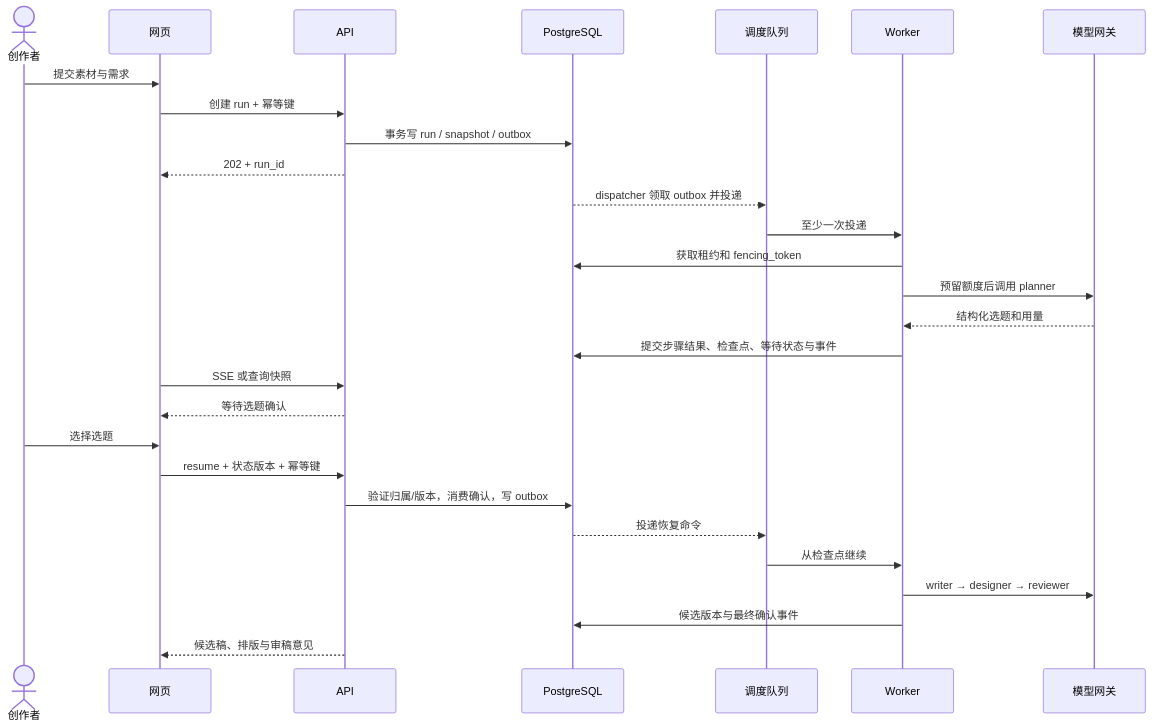
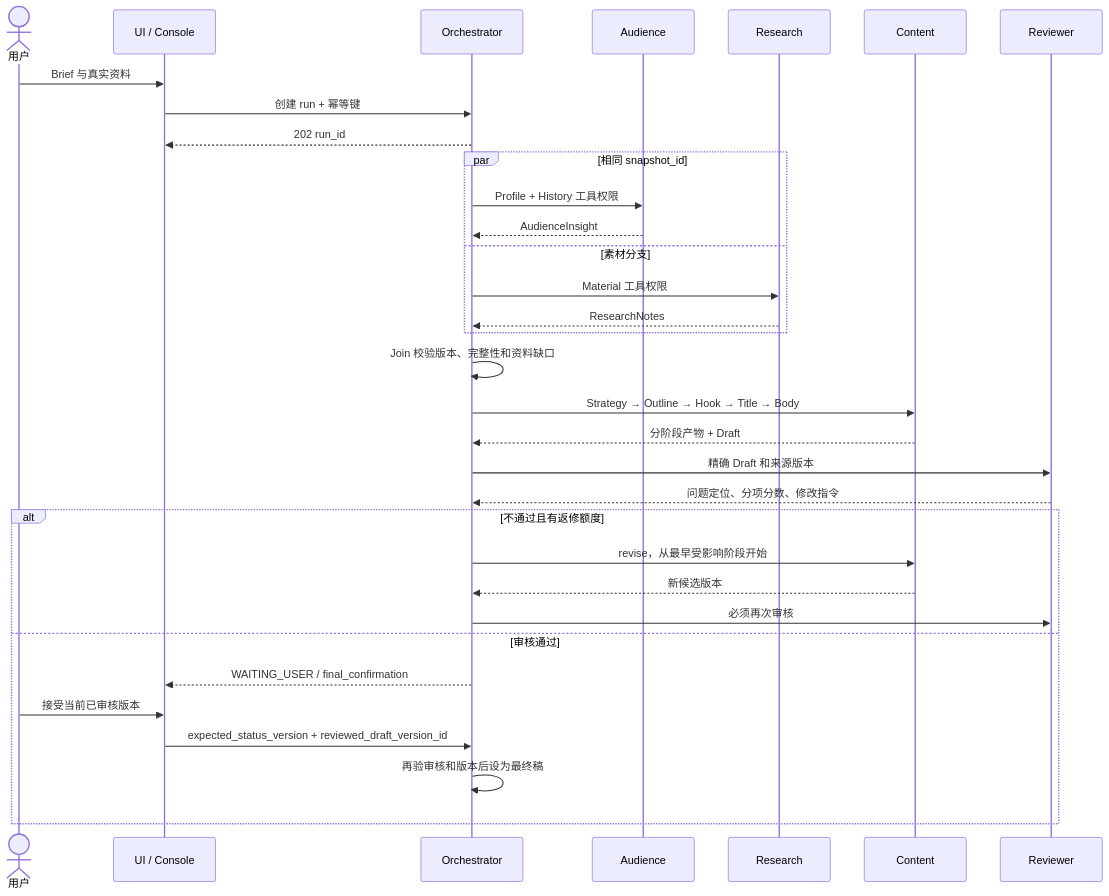
Before and after one commit to xinruilan612/RED: the diagram in docs/design/FLOWS.md, drawn with Mermaid. The commit also changed other lines of this file and 20 other files, not shown here.

````diff
--- a/docs/design/FLOWS.md
+++ b/docs/design/FLOWS.md
@@ -36,30 +44,35 @@
 ```mermaid
 sequenceDiagram
-    actor U as 创作者
-    participant W as 网页
-    participant A as API
-    participant D as PostgreSQL
-    participant Q as 调度队列
-    participant R as Worker
-    participant L as 模型网关
-    U->>W: 提交素材与需求
-    W->>A: 创建 run + 幂等键
-    A->>D: 事务写 run / snapshot / outbox
-    A-->>W: 202 + run_id
-    D-->>Q: dispatcher 领取 outbox 并投递
-    Q->>R: 至少一次投递
-    R->>D: 获取租约和 fencing_token
-    R->>L: 预留额度后调用 planner
-    L-->>R: 结构化选题和用量
-    R->>D: 提交步骤结果、检查点、等待状态与事件
-    W->>A: SSE 或查询快照
-    A-->>W: 等待选题确认
-    U->>W: 选择选题
-    W->>A: resume + 状态版本 + 幂等键
-    A->>D: 验证归属/版本，消费确认，写 outbox
-    D-->>Q: 投递恢复命令
-    Q->>R: 从检查点继续
-    R->>L: writer → designer → reviewer
-    R->>D: 候选版本与最终确认事件
-    A-->>W: 候选稿、排版与审稿意见
+    actor U as 用户
+    participant UI as UI / Console
+    participant O as Orchestrator
+    participant A as Audience
+    participant R as Research
+    participant C as Content
+    participant V as Reviewer
+    U->>UI: Brief 与真实资料
+    UI->>O: 创建 run + 幂等键
+    O-->>UI: 202 run_id
+    par 相同 snapshot_id
+        O->>A: Profile + History 工具权限
+        A-->>O: AudienceInsight
+    and 素材分支
+        O->>R: Material 工具权限
+        R-->>O: ResearchNotes
+    end
+    O->>O: Join 校验版本、完整性和资料缺口
+    O->>C: Strategy → Outline → Hook → Title → Body
+    C-->>O: 分阶段产物 + Draft
+    O->>V: 精确 Draft 和来源版本
+    V-->>O: 问题定位、分项分数、修改指令
+    alt 不通过且有返修额度
+        O->>C: revise，从最早受影响阶段开始
+        C-->>O: 新候选版本
+        O->>V: 必须再次审核
+    else 审核通过
+        O-->>UI: WAITING_USER / final_confirmation
+        U->>UI: 接受当前已审核版本
+        UI->>O: expected_status_version + reviewed_draft_version_id
+        O->>O: 再验审核和版本后设为最终稿
+    end
 ```
````
